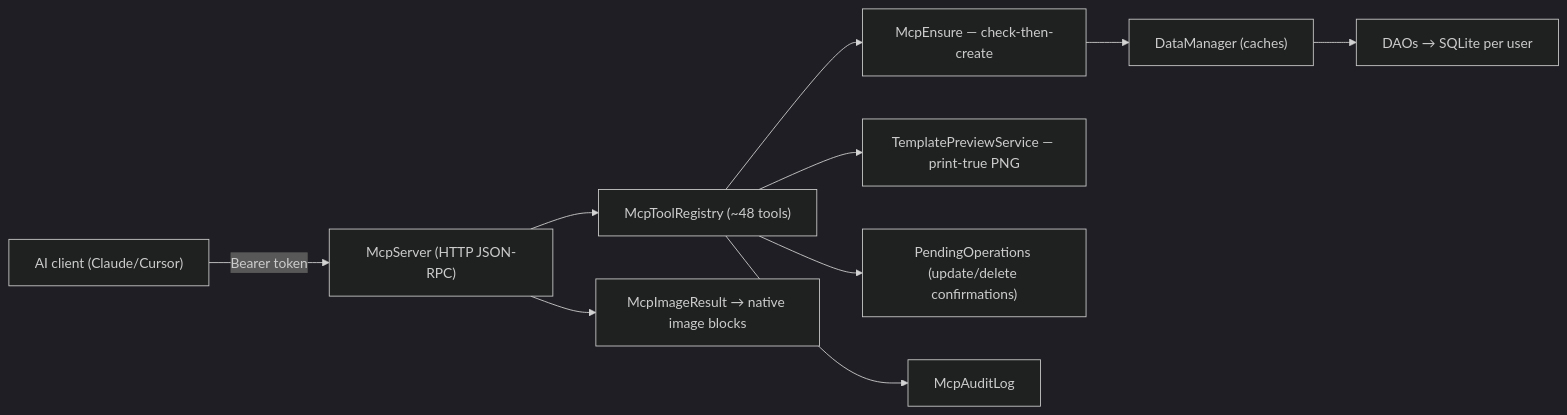
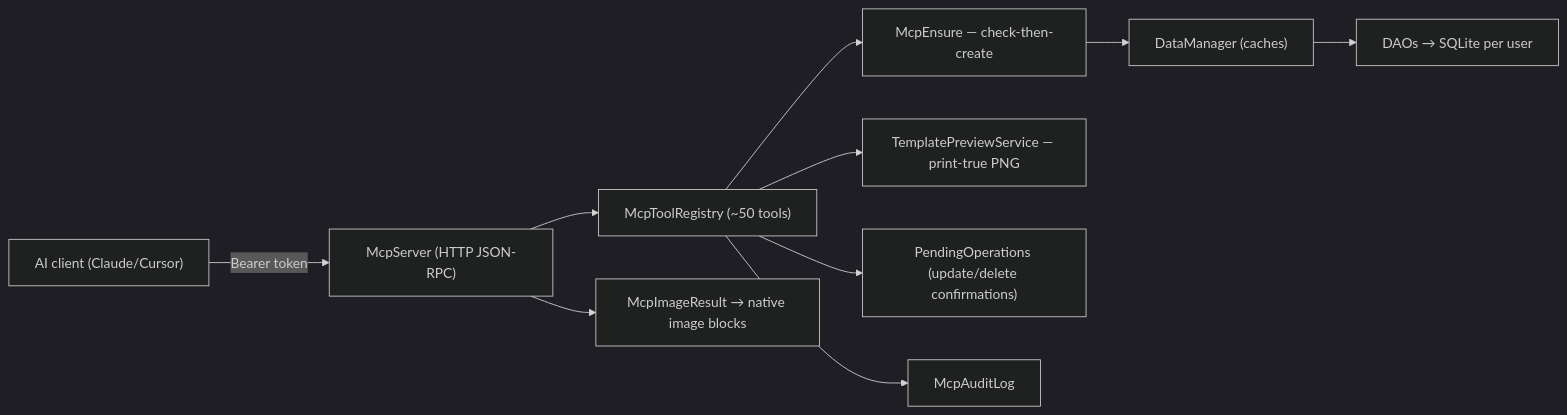
One commit to LaxmanSIW/share changed the diagram in docs/vault/08 MCP Server.md. Above: the diagram before and after it, drawn with Mermaid (dark theme). The commit also changed other lines of this file and 13 other files, not shown here.

````diff
--- a/docs/vault/08 MCP Server.md
+++ b/docs/vault/08 MCP Server.md
@@ -15,12 +15,12 @@
 ```mermaid
 flowchart LR
   CLIENT["AI client (Claude/Cursor)"] -->|Bearer token| SRV["McpServer (HTTP JSON-RPC)"]
-  SRV --> REG["McpToolRegistry (~48 tools)"]
+  SRV --> REG["McpToolRegistry (~50 tools)"]
   SRV --> IMG["McpImageResult → native image blocks"]
   REG --> ENS["McpEnsure — check-then-create"]
   REG --> PREV["TemplatePreviewService — print-true PNG"]
   ENS --> DM["DataManager (caches)"]
   REG --> PO["PendingOperations (update/delete confirmations)"]
   REG --> AUD["McpAuditLog"]
   DM --> DAO["DAOs → SQLite per user"]
 ```
````
